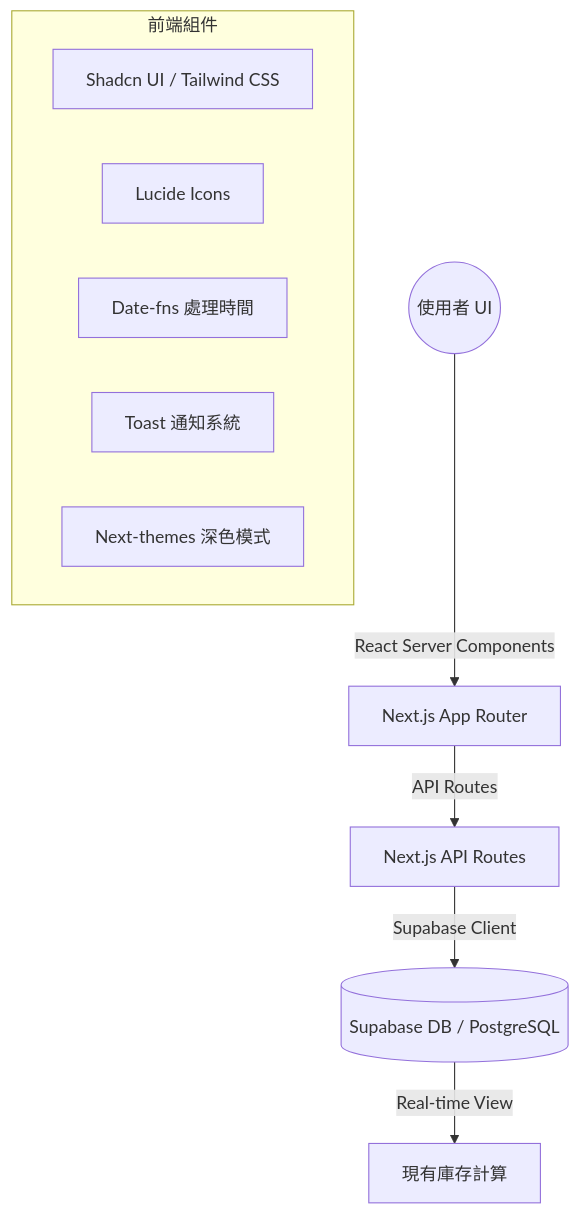
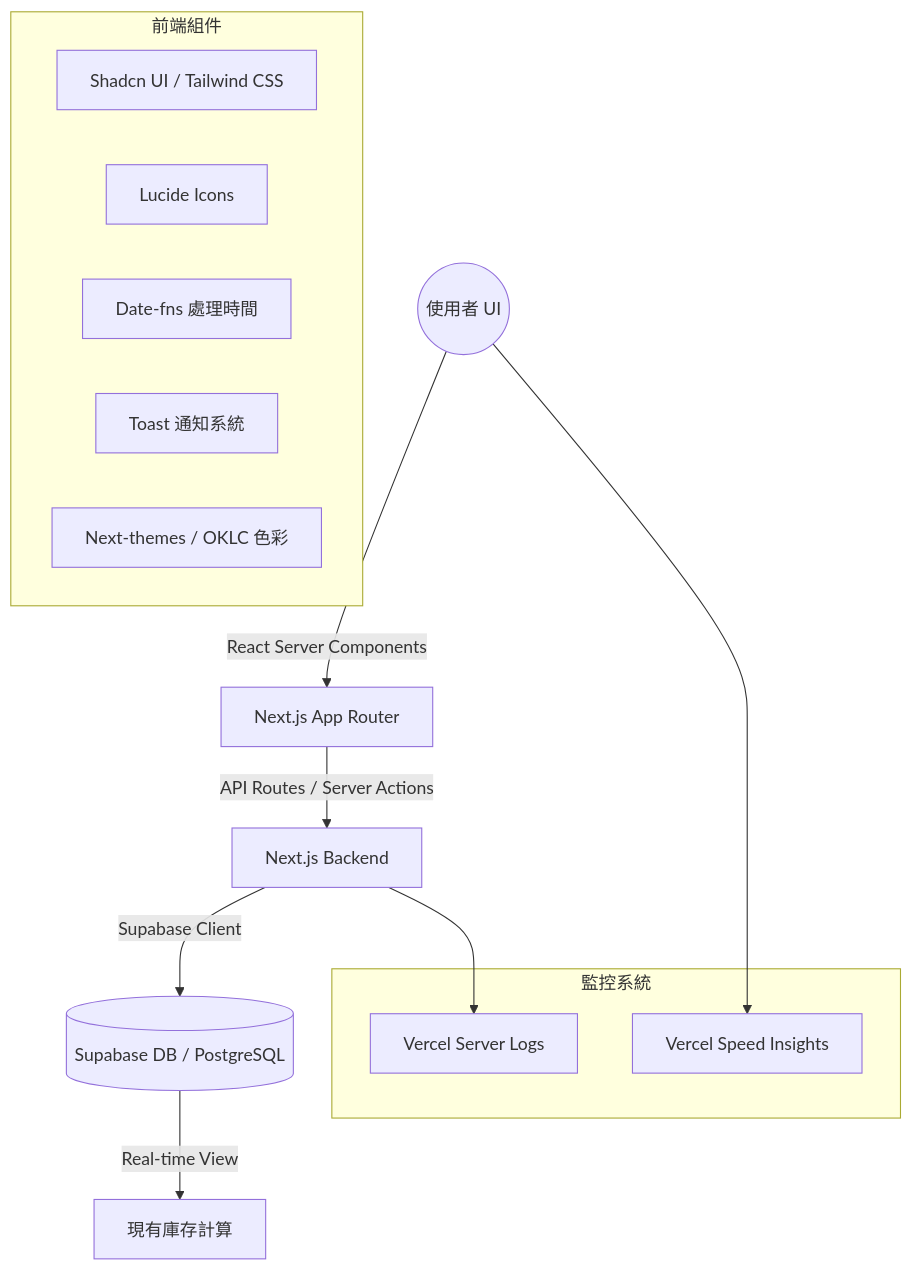
One commit to Jiong1203/shuttlecockTracker changed the diagram in README.md. Above: the diagram before and after it, drawn with Mermaid. The commit also changed other lines of this file, not shown here.

````diff
--- a/README.md
+++ b/README.md
@@ -38,15 +40,23 @@
 ```mermaid
 graph TD
     User((使用者 UI)) -- React Server Components --> Page[Next.js App Router]
-    Page -- API Routes --> Backend[Next.js API Routes]
+    Page -- API Routes / Server Actions --> Backend[Next.js Backend]
     Backend -- Supabase Client --> Supabase[(Supabase DB / PostgreSQL)]
     Supabase -- Real-time View --> Inventory[現有庫存計算]
+
+    subgraph Monitoring [監控系統]
+        VercelLog[Vercel Server Logs]
+        SpeedInsights[Vercel Speed Insights]
+    end
+
+    Backend --> VercelLog
+    User --> SpeedInsights
 
     subgraph Frontend [前端組件]
         UI1[Shadcn UI / Tailwind CSS]
         UI2[Lucide Icons]
         UI3[Date-fns 處理時間]
         UI4[Toast 通知系統]
-        UI5[Next-themes 深色模式]
+        UI5[Next-themes / OKLC 色彩]
     end
 ```
````
